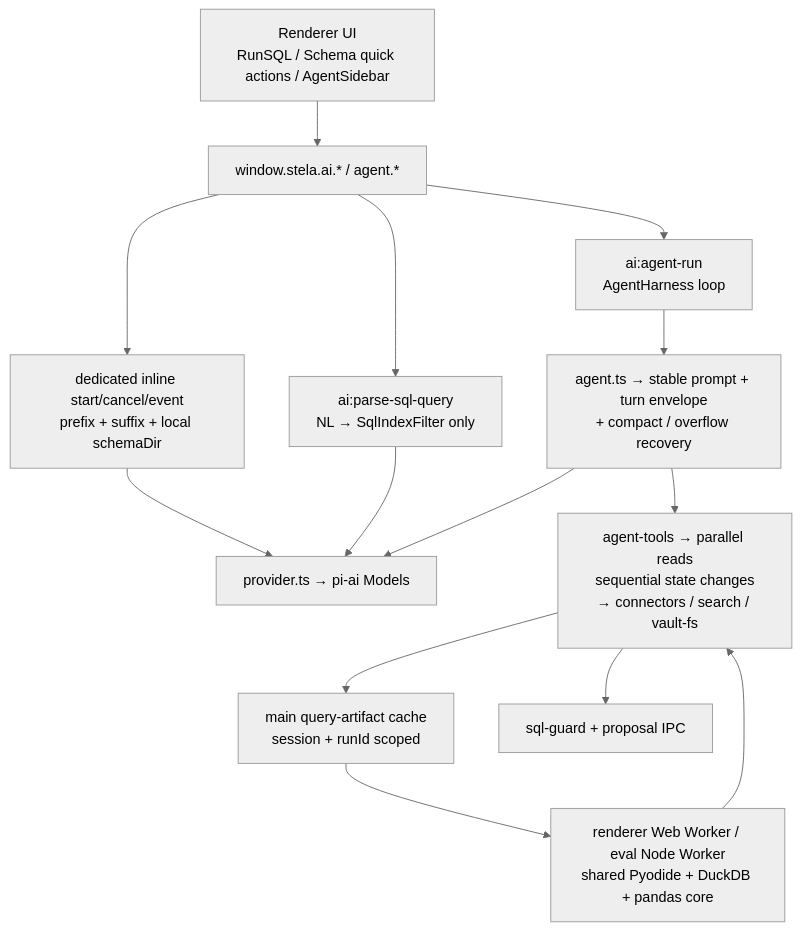
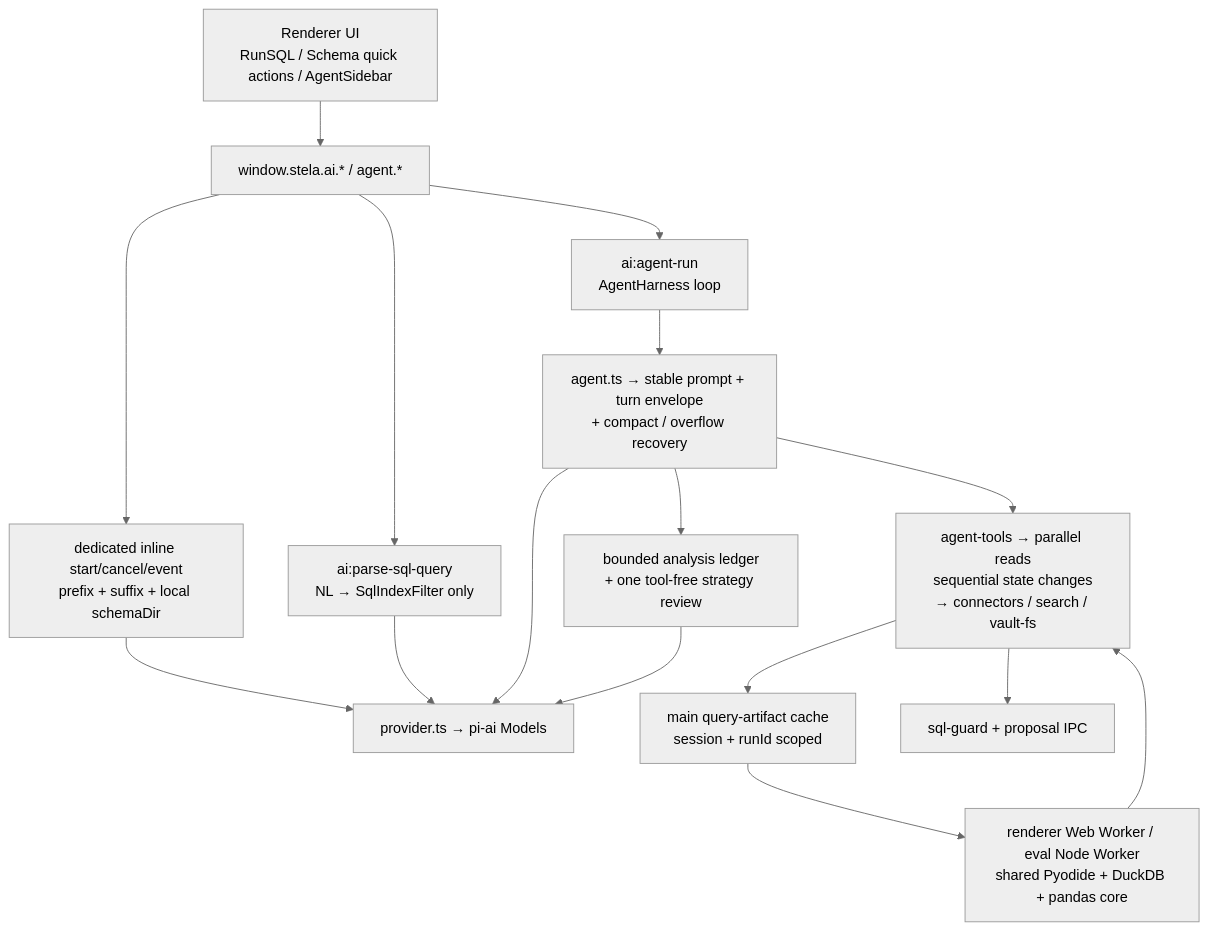
Before and after one commit to ay27/Stela: the second of 2 diagrams in docs/ARCHITECTURE.md, drawn with Mermaid (neutral theme). The commit also changed other lines of this file and 27 other files, not shown here.

Commit message:
feat(main): add adaptive analysis strategy review

````diff
--- a/docs/ARCHITECTURE.md
+++ b/docs/ARCHITECTURE.md
@@ -351,24 +351,26 @@
 ```mermaid
 flowchart TB
   UI["Renderer UI\nRunSQL / Schema quick actions / AgentSidebar"]
   PRE["window.stela.ai.* / agent.*"]
   INLINE["dedicated inline start/cancel/event\nprefix + suffix + local schemaDir"]
   PARSE["ai:parse-sql-query\nNL → SqlIndexFilter only"]
   AGENT["ai:agent-run\nAgentHarness loop"]
   PROV["provider.ts → pi-ai Models"]
   HARNESS["agent.ts → stable prompt + turn envelope\n+ compact / overflow recovery"]
+  REVIEW["bounded analysis ledger\n+ one tool-free strategy review"]
   TOOLS["agent-tools → parallel reads\nsequential state changes\n→ connectors / search / vault-fs"]
   ART["main query-artifact cache\nsession + runId scoped"]
   PY["renderer Web Worker / eval Node Worker\nshared Pyodide + DuckDB + pandas core"]
   GUARD["sql-guard + proposal IPC"]
 
   UI --> PRE
   PRE --> INLINE --> PROV
   PRE --> PARSE
   PRE --> AGENT
   PARSE --> PROV
   AGENT --> HARNESS --> PROV
   HARNESS --> TOOLS
+  HARNESS --> REVIEW --> PROV
   TOOLS --> GUARD
   TOOLS --> ART --> PY --> TOOLS
 ```
````
